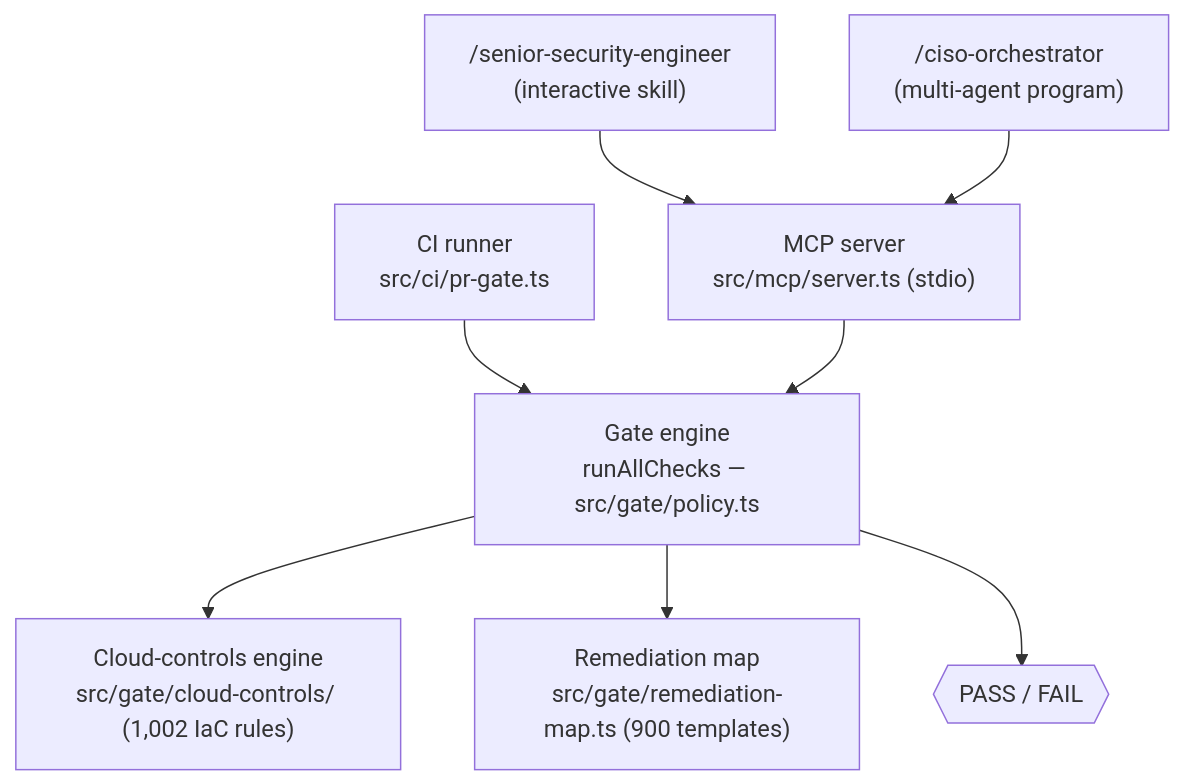
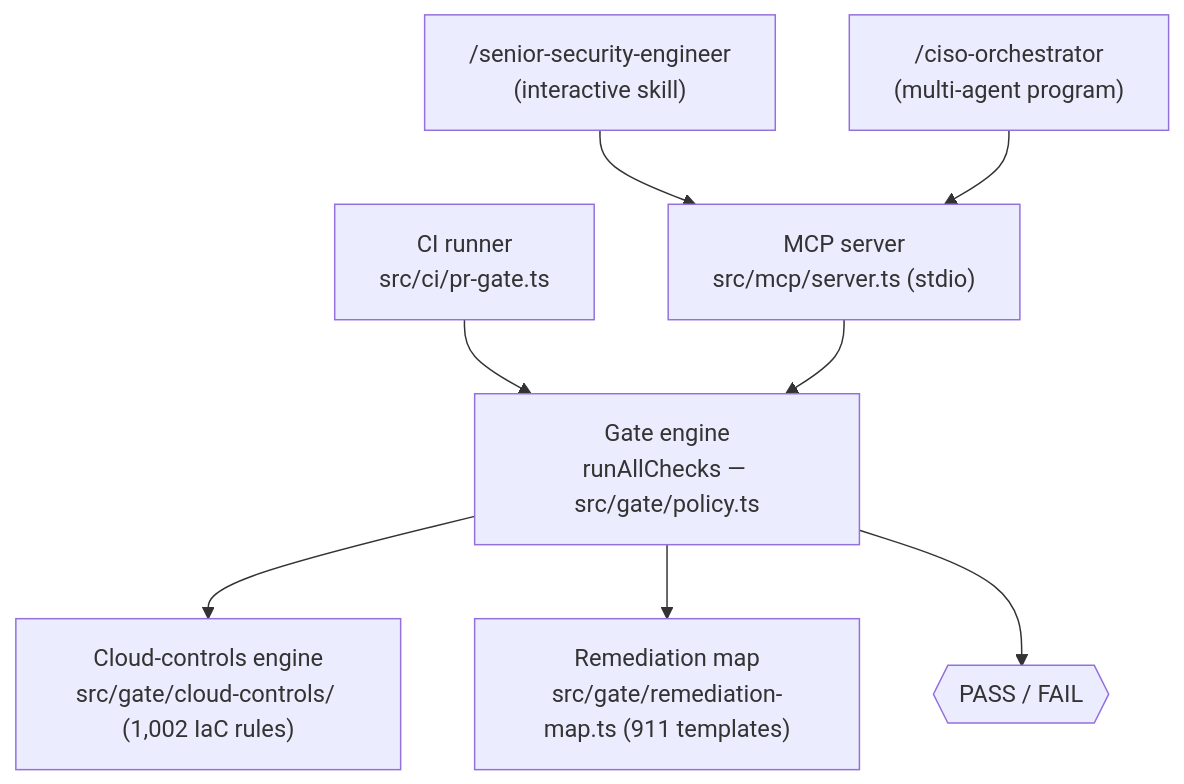
Before and after one commit to AbrahamOO/security-mcp: the first of 4 diagrams in docs/ARCHITECTURE.md, drawn with Mermaid. The commit also changed other lines of this file and 5 other files, not shown here.

````diff
--- a/docs/ARCHITECTURE.md
+++ b/docs/ARCHITECTURE.md
@@ -32,10 +32,10 @@
 ```mermaid
 flowchart TD
     SSE["/senior-security-engineer<br/>(interactive skill)"] --> MCP["MCP server<br/>src/mcp/server.ts (stdio)"]
     CISO["/ciso-orchestrator<br/>(multi-agent program)"] --> MCP
     CI["CI runner<br/>src/ci/pr-gate.ts"] --> GATE
     MCP --> GATE["Gate engine<br/>runAllChecks — src/gate/policy.ts"]
     GATE --> CC["Cloud-controls engine<br/>src/gate/cloud-controls/ (1,002 IaC rules)"]
-    GATE --> RM["Remediation map<br/>src/gate/remediation-map.ts (900 templates)"]
+    GATE --> RM["Remediation map<br/>src/gate/remediation-map.ts (911 templates)"]
     GATE --> VERDICT{{"PASS / FAIL"}}
 ```
````
